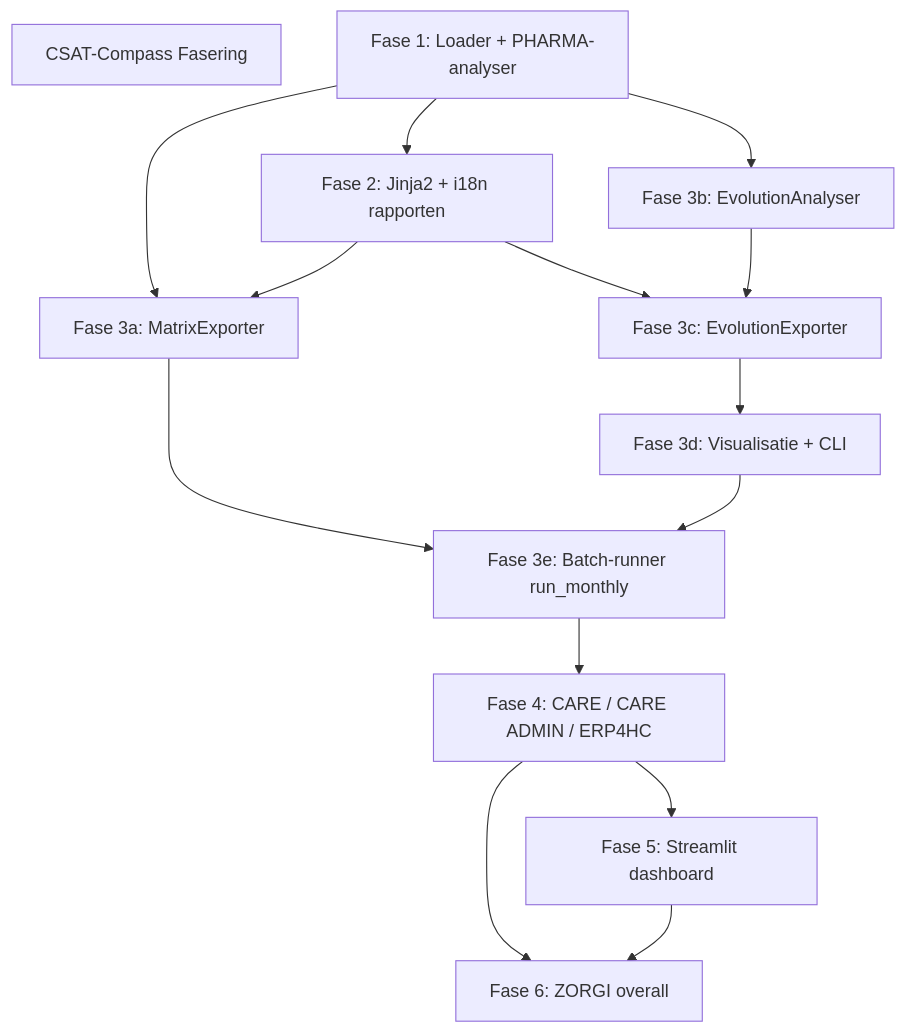
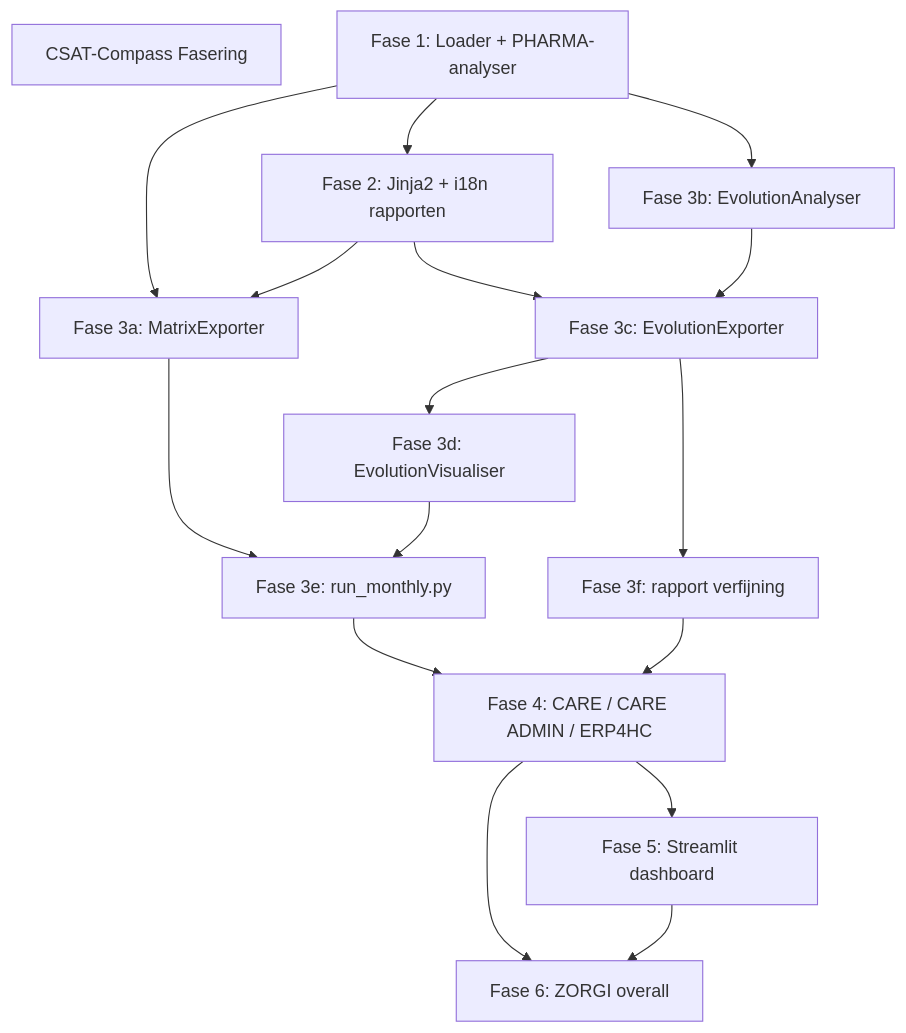
One commit to ZorgiDannyDepecker/CSAT-Compass changed the diagram in docs/02-tactisch/implementatie-gids.md. Above: the diagram before and after it, drawn with Mermaid. The commit also changed other lines of this file and 4 other files, not shown here.

````diff
--- a/docs/02-tactisch/implementatie-gids.md
+++ b/docs/02-tactisch/implementatie-gids.md
@@ -73,28 +75,31 @@
 ```mermaid
 graph TD
     title[CSAT-Compass Fasering]
     F1[Fase 1: Loader + PHARMA-analyser]
     F2[Fase 2: Jinja2 + i18n rapporten]
     F3a[Fase 3a: MatrixExporter]
     F3b[Fase 3b: EvolutionAnalyser]
     F3c[Fase 3c: EvolutionExporter]
-    F3d[Fase 3d: Visualisatie + CLI]
-    F3e[Fase 3e: Batch-runner run_monthly]
+    F3d[Fase 3d: EvolutionVisualiser]
+    F3e[Fase 3e: run_monthly.py]
+    F3f[Fase 3f: rapport verfijning]
     F4[Fase 4: CARE / CARE ADMIN / ERP4HC]
     F5[Fase 5: Streamlit dashboard]
     F6[Fase 6: ZORGI overall]
 
     F1 --> F2
     F1 --> F3a
     F2 --> F3a
     F1 --> F3b
     F2 --> F3c
     F3b --> F3c
     F3c --> F3d
     F3a --> F3e
     F3d --> F3e
+    F3c --> F3f
     F3e --> F4
+    F3f --> F4
     F4 --> F5
     F4 --> F6
     F5 --> F6
 ```
````
